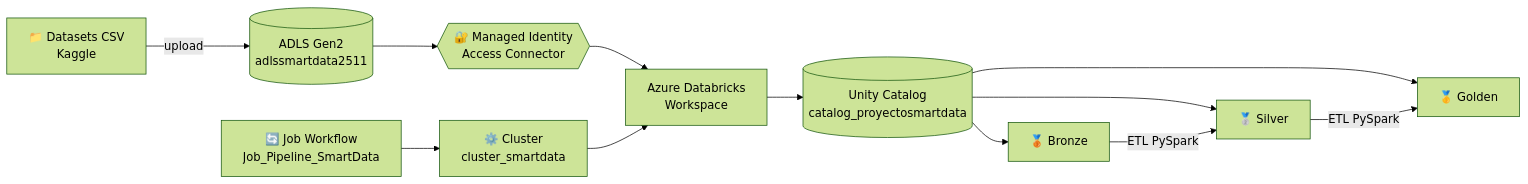
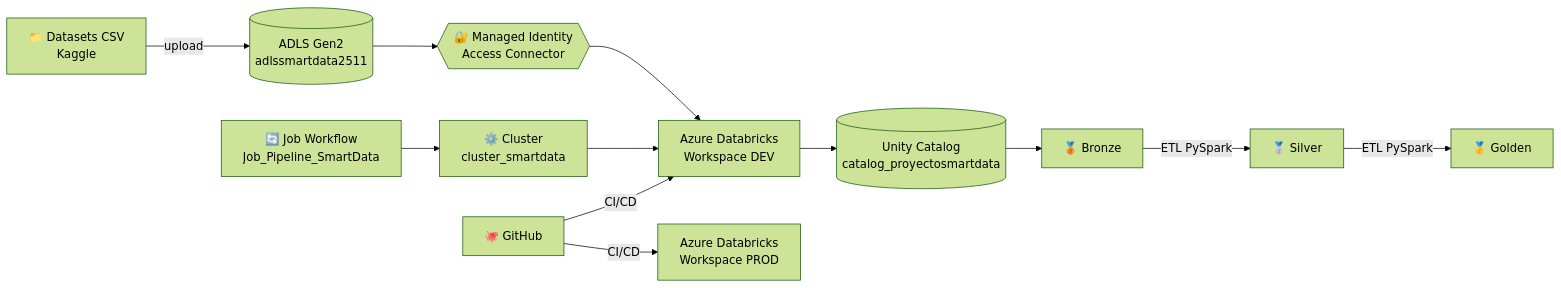
One commit to adrianomjm/proyecto-final-databricks-smartdata changed the first of 2 diagrams in README.md. Above: the diagram before and after it, drawn with Mermaid (forest theme). The commit also changed other lines of this file, not shown here.

````diff
--- a/README.md
+++ b/README.md
@@ -11,14 +18,14 @@
 ```mermaid
 flowchart LR
     A[📁 Datasets CSV<br/>Kaggle] -->|upload| B[(ADLS Gen2<br/>adlssmartdata2511)]
     B --> C{{🔐 Managed Identity<br/>Access Connector}}
-    C --> D[Azure Databricks<br/>Workspace]
+    C --> D[Azure Databricks<br/>Workspace DEV]
     D --> E[(Unity Catalog<br/>catalog_proyectosmartdata)]
     E --> F[🥉 Bronze]
-    E --> G[🥈 Silver]
-    E --> H[🥇 Golden]
-    F -->|ETL PySpark| G
-    G -->|ETL PySpark| H
+    F -->|ETL PySpark| G[🥈 Silver]
+    G -->|ETL PySpark| H[🥇 Golden]
     I[⚙️ Cluster<br/>cluster_smartdata] --> D
     J[🔄 Job Workflow<br/>Job_Pipeline_SmartData] --> I
+    K[🐙 GitHub] -->|CI/CD| D
+    K -->|CI/CD| L[Azure Databricks<br/>Workspace PROD]
 ```
````
